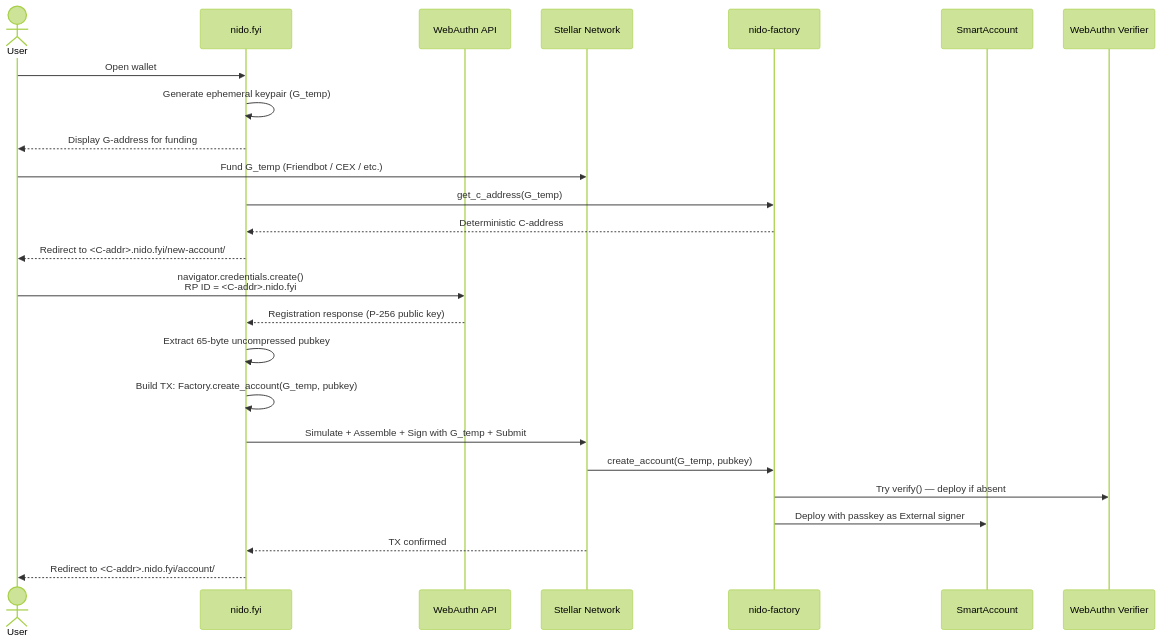
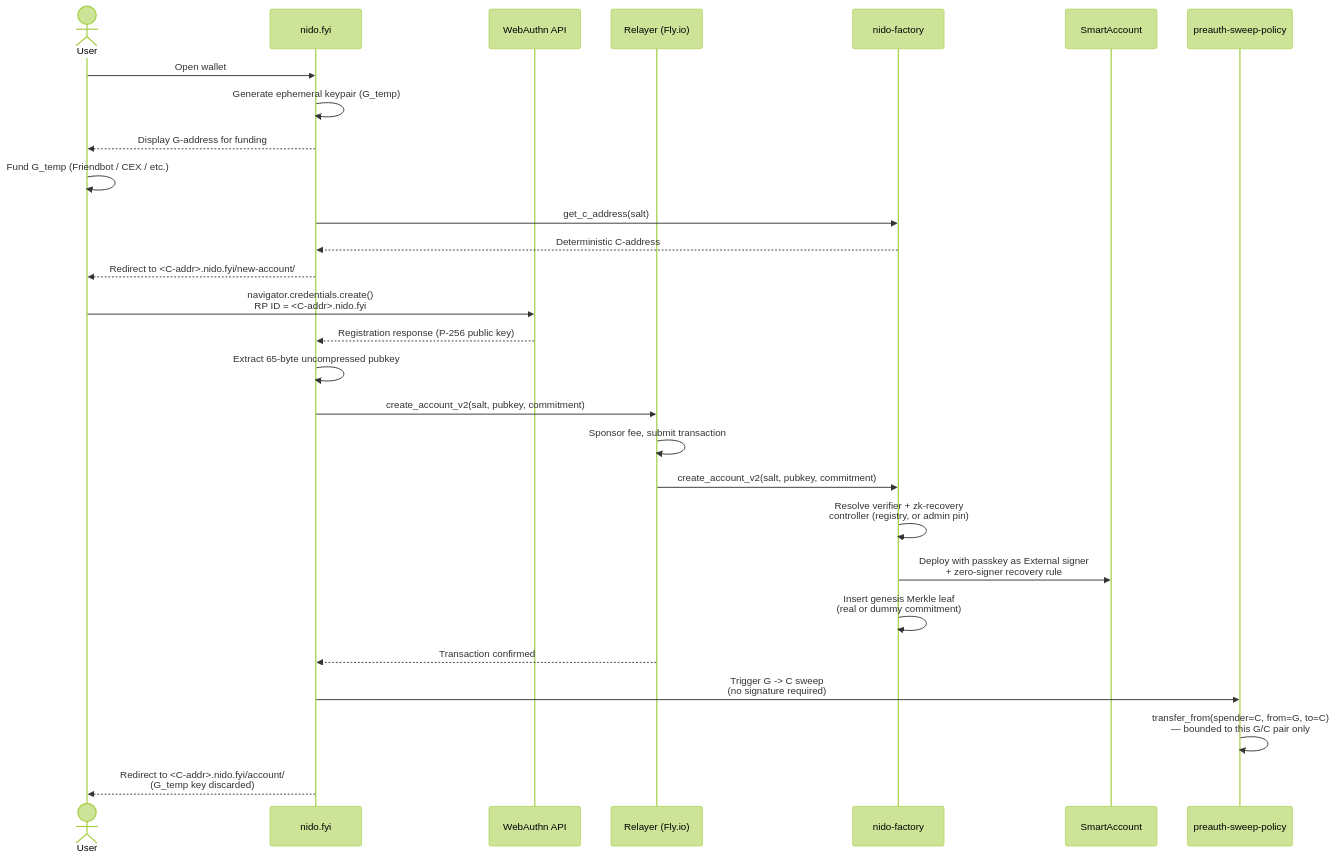
One commit to nidohq/nido changed the second of 5 diagrams in ARCHITECTURE.md. Above: the diagram before and after it, drawn with Mermaid (forest theme). The commit also changed other lines of this file, not shown here.

Commit message:
WIP Claude architecture.md update: 6. Architecture Diagrams

````diff
--- a/ARCHITECTURE.md
+++ b/ARCHITECTURE.md
@@ -178,35 +213,40 @@
 ```mermaid
 sequenceDiagram
     actor User
     participant Wallet as nido.fyi
     participant WebAuthn as WebAuthn API
-    participant Stellar as Stellar Network
+    participant Relayer as Relayer (Fly.io)
     participant Factory as nido-factory
     participant SA as SmartAccount
-    participant WV as WebAuthn Verifier
+    participant Sweep as preauth-sweep-policy
 
     User->>Wallet: Open wallet
     Wallet->>Wallet: Generate ephemeral keypair (G_temp)
     Wallet-->>User: Display G-address for funding
 
-    User->>Stellar: Fund G_temp (Friendbot / CEX / etc.)
+    User->>User: Fund G_temp (Friendbot / CEX / etc.)
 
-    Wallet->>Factory: get_c_address(G_temp)
+    Wallet->>Factory: get_c_address(salt)
     Factory-->>Wallet: Deterministic C-address
 
     Wallet-->>User: Redirect to <C-addr>.nido.fyi/new-account/
 
     User->>WebAuthn: navigator.credentials.create()<br/>RP ID = <C-addr>.nido.fyi
     WebAuthn-->>Wallet: Registration response (P-256 public key)
 
     Wallet->>Wallet: Extract 65-byte uncompressed pubkey
-    Wallet->>Wallet: Build TX: Factory.create_account(G_temp, pubkey)
-    Wallet->>Stellar: Simulate + Assemble + Sign with G_temp + Submit
+    Wallet->>Relayer: create_account_v2(salt, pubkey, commitment)
 
-    Stellar->>Factory: create_account(G_temp, pubkey)
-    Factory->>WV: Try verify() — deploy if absent
-    Factory->>SA: Deploy with passkey as External signer
+    Relayer->>Relayer: Sponsor fee, submit transaction
+    Relayer->>Factory: create_account_v2(salt, pubkey, commitment)
+    Factory->>Factory: Resolve verifier + zk-recovery<br/>controller (registry, or admin pin)
+    Factory->>SA: Deploy with passkey as External signer<br/>+ zero-signer recovery rule
+    Factory->>Factory: Insert genesis Merkle leaf<br/>(real or dummy commitment)
 
-    Stellar-->>Wallet: TX confirmed
-    Wallet-->>User: Redirect to <C-addr>.nido.fyi/account/
+    Relayer-->>Wallet: Transaction confirmed
+
+    Wallet->>Sweep: Trigger G -> C sweep<br/>(no signature required)
+    Sweep->>Sweep: transfer_from(spender=C, from=G, to=C)<br/>— bounded to this G/C pair only
+
+    Wallet-->>User: Redirect to <C-addr>.nido.fyi/account/<br/>(G_temp key discarded)
 ```
````
